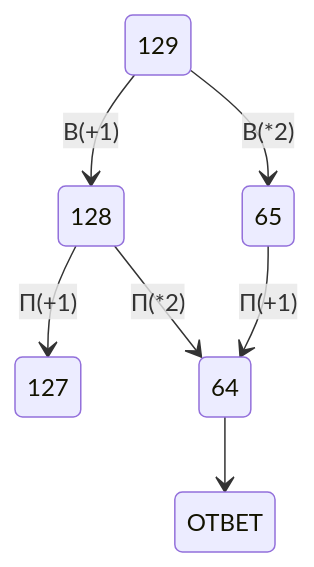
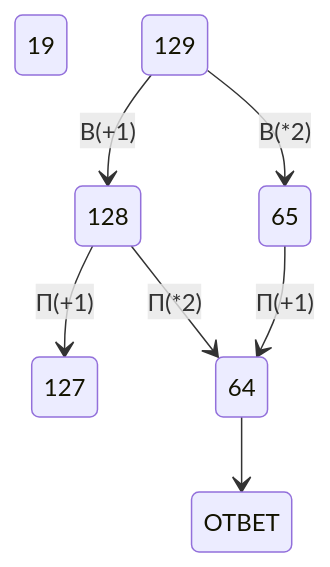
Before and after one commit to W1zard70r/Miniature-chainsaw: the first of 2 diagrams in Resheni9.md, drawn with Mermaid. The commit also changed other lines of this file, not shown here.

````diff
--- a/Resheni9.md
+++ b/Resheni9.md
@@ -17,9 +17,9 @@
 ```mermaid
 stateDiagram-v2
     129 --> 128:В(+1)
     129 --> 65:В(*2)
     128 --> 127:П(+1)
     128 --> 64:П(*2)
     65 --> 64:П(+1)
-    64 --> OTВЕТ
+    64 --> OTВЕТ 19
 ```
````
